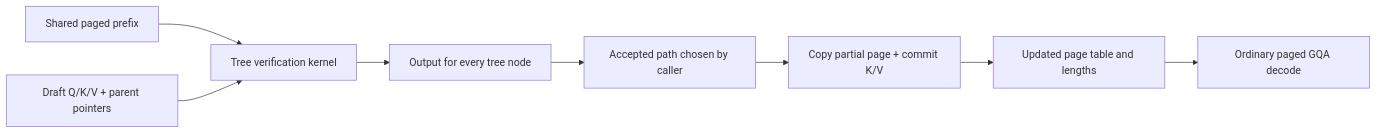
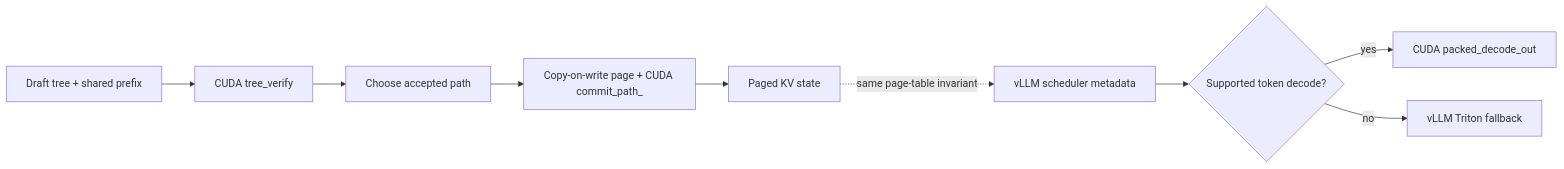
The diagram in README.md (Haaziq386/branchcraft-cuda), drawn with Mermaid before and after one commit. The commit also changed other lines of this file and 23 other files, not shown here.

Commit message:
Integrate CUDA attention with PyTorch and vLLM V1

````diff
--- a/README.md
+++ b/README.md
@@ -55,10 +21,11 @@
 ```mermaid
 flowchart LR
-  P[Shared paged prefix] --> V[Tree verification kernel]
-  T[Draft Q/K/V + parent pointers] --> V
-  V --> O[Output for every tree node]
-  O --> A[Accepted path chosen by caller]
-  A --> C[Copy partial page + commit K/V]
-  C --> D[Updated page table and lengths]
-  D --> R[Ordinary paged GQA decode]
+  T[Draft tree + shared prefix] --> V[CUDA tree_verify]
+  V --> A[Choose accepted path]
+  A --> C[Copy-on-write page + CUDA commit_path_]
+  C --> K[Paged KV state]
+  S[vLLM scheduler metadata] --> G{Supported token decode?}
+  G -- yes --> D[CUDA packed_decode_out]
+  G -- no --> F[vLLM Triton fallback]
+  K -. same page-table invariant .-> S
 ```
````
